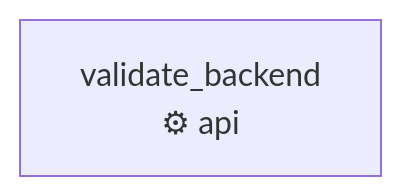
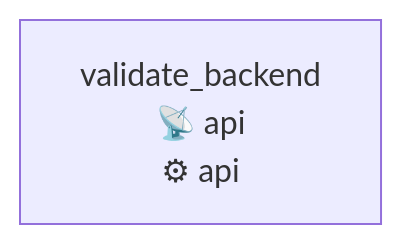
Before and after one commit to jeffersonmachado/r-agent2: the diagram in docs/diagrams/qa-waves/journey-core-payment_charge_flow-precond_payment_charge_flow_invoice_service_active.md, drawn with Mermaid. The commit also changed other lines of this file and 74 other files, not shown here.

First line of the commit message:
docs(qa-waves): roteiros de jornada + diagramas + status de plataforma

````diff
--- a/docs/diagrams/qa-waves/journey-core-payment_charge_flow-precond_payment_charge_flow_invoice_service_active.md
+++ b/docs/diagrams/qa-waves/journey-core-payment_charge_flow-precond_payment_charge_flow_invoice_service_active.md
@@ -5,5 +5,5 @@
 ```mermaid
 flowchart LR
-    step_precond_invoice_service_active_1["validate_backend\n⚙ api"]
+    step_precond_invoice_service_active_1["validate_backend\n📡 api\n⚙ api"]
 
 ```
````
